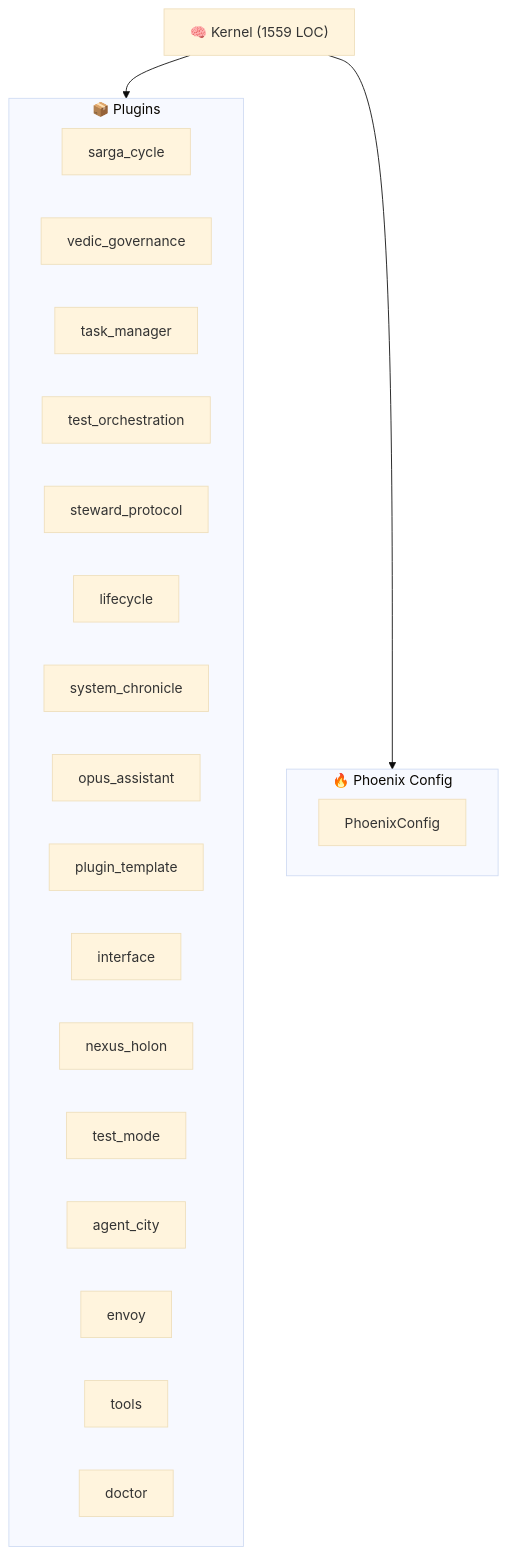
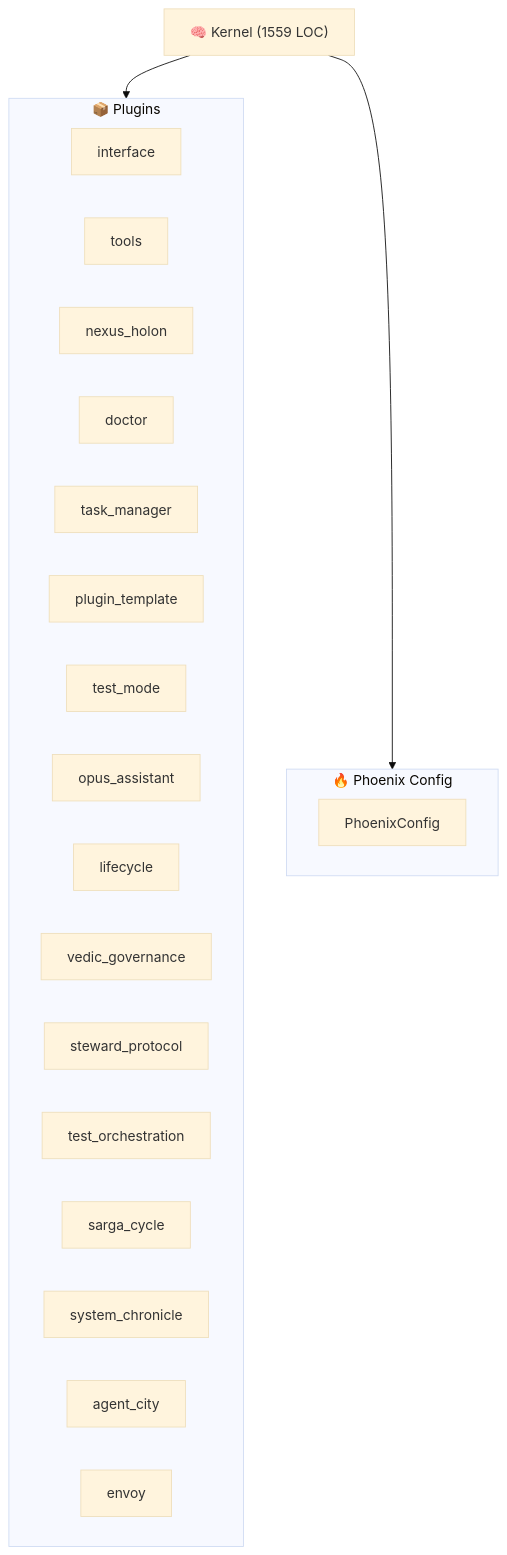
Before and after one commit to kimeisele/steward-protocol: the diagram in ARCHITECTURE.md, drawn with Mermaid (base theme). The commit also changed other lines of this file and 13 other files, not shown here.

````diff
--- a/ARCHITECTURE.md
+++ b/ARCHITECTURE.md
@@ -8,27 +8,27 @@
 ```mermaid
 graph TB
     K["🧠 Kernel (1559 LOC)"]
     subgraph Plugins["📦 Plugins"]
+        P_interface["interface"]
+        P_tools["tools"]
+        P_nexus_holon["nexus_holon"]
+        P_doctor["doctor"]
+        P_task_manager["task_manager"]
+        P_plugin_template["plugin_template"]
+        P_test_mode["test_mode"]
+        P_opus_assistant["opus_assistant"]
+        P_lifecycle["lifecycle"]
+        P_vedic_governance["vedic_governance"]
+        P_steward_protocol["steward_protocol"]
+        P_test_orchestration["test_orchestration"]
         P_sarga_cycle["sarga_cycle"]
-        P_vedic_governance["vedic_governance"]
-        P_task_manager["task_manager"]
-        P_test_orchestration["test_orchestration"]
-        P_steward_protocol["steward_protocol"]
-        P_lifecycle["lifecycle"]
         P_system_chronicle["system_chronicle"]
-        P_opus_assistant["opus_assistant"]
-        P_plugin_template["plugin_template"]
-        P_interface["interface"]
-        P_nexus_holon["nexus_holon"]
-        P_test_mode["test_mode"]
         P_agent_city["agent_city"]
         P_envoy["envoy"]
-        P_tools["tools"]
-        P_doctor["doctor"]
     end
     K --> Plugins
     subgraph Config["🔥 Phoenix Config"]
         PC[PhoenixConfig]
     end
     K --> Config
 ```
````
